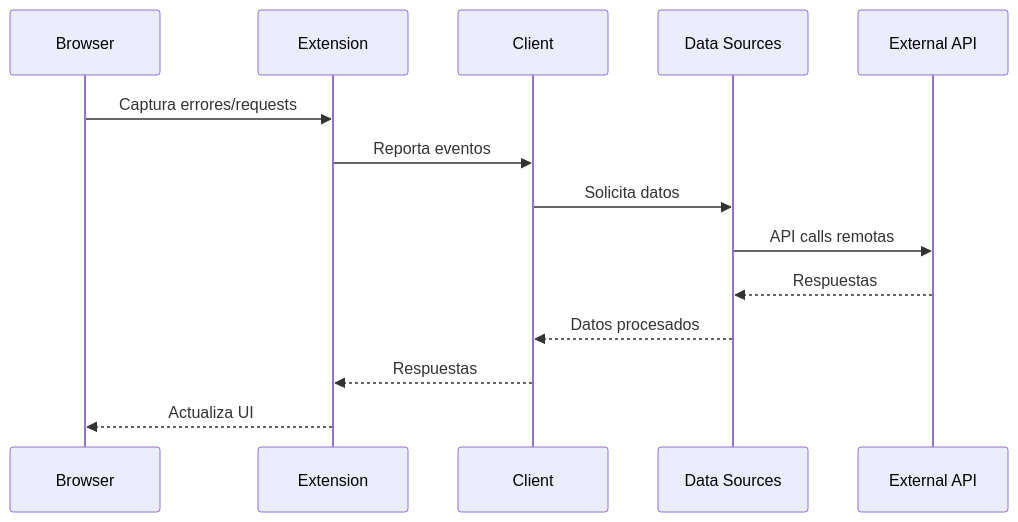
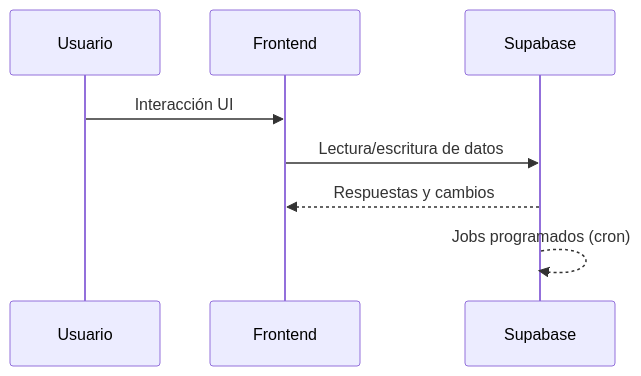
Before and after one commit to eevans-d/aidrive_genspark: the diagram in docs/analisis_arquitectura_general.md, drawn with Mermaid. The commit also changed other lines of this file and 29 other files, not shown here.

Commit message:
Remove unused external API module and docs

````diff
--- a/docs/analisis_arquitectura_general.md
+++ b/docs/analisis_arquitectura_general.md
@@ -193,17 +64,11 @@
 ```mermaid
 sequenceDiagram
-    participant B as Browser
-    participant E as Extension
-    participant C as Client
-    participant D as Data Sources
-    participant A as External API
+    participant U as Usuario
+    participant F as Frontend
+    participant S as Supabase
 
-    B->>E: Captura errores/requests
-    E->>C: Reporta eventos
-    C->>D: Solicita datos
-    D->>A: API calls remotas
-    A-->>D: Respuestas
-    D-->>C: Datos procesados
-    C-->>E: Respuestas
-    E-->>B: Actualiza UI
+    U->>F: Interacción UI
+    F->>S: Lectura/escritura de datos
+    S-->>F: Respuestas y cambios
+    S-->>S: Jobs programados (cron)
 ```
````
